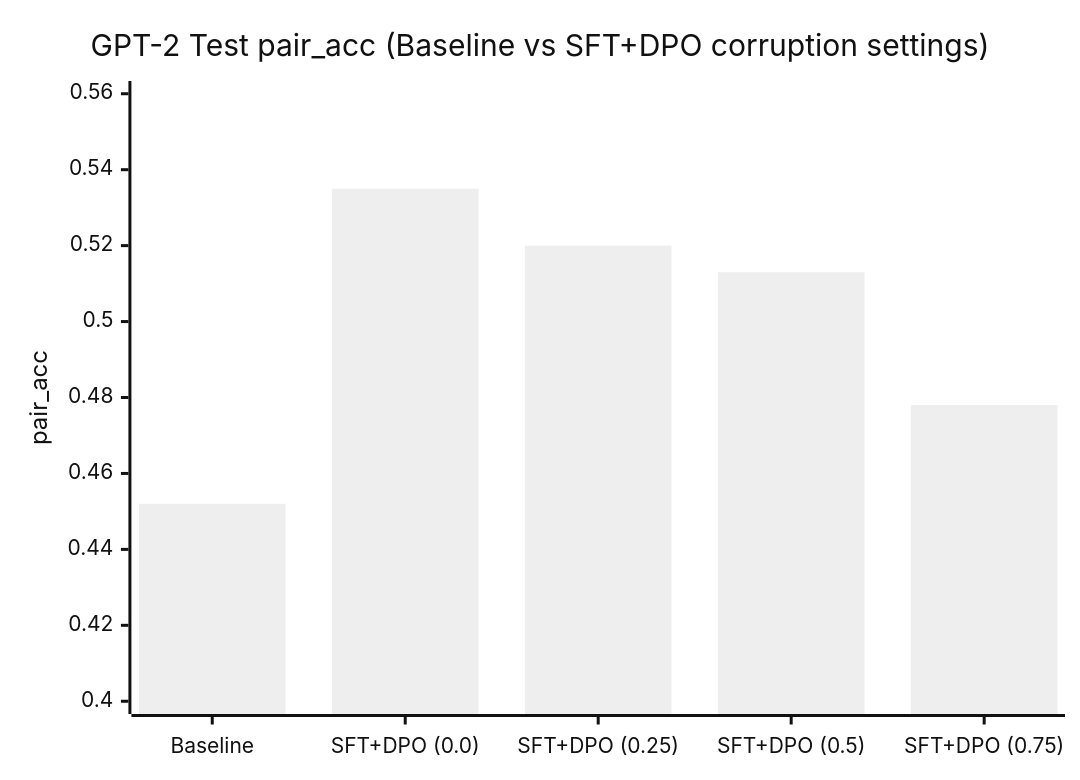
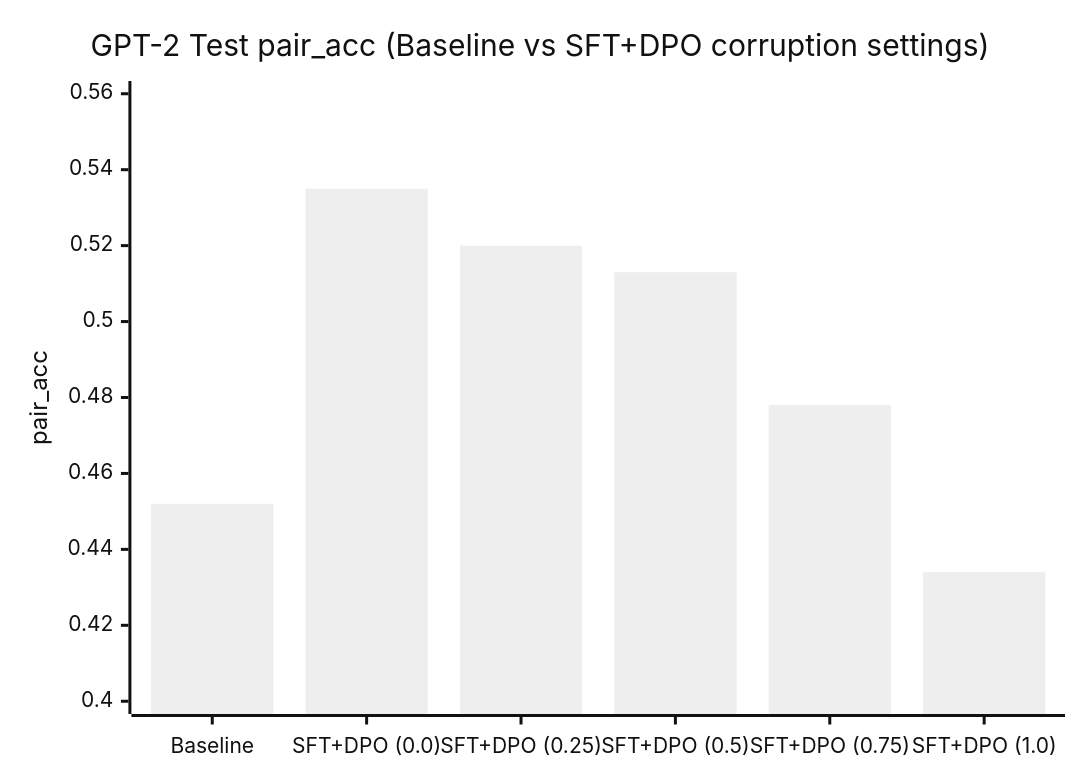
One commit to ethanlou36/implicit_finetuning changed the first of 2 diagrams in README.md. Above: the diagram before and after it, drawn with Mermaid (neutral theme). The commit also changed other lines of this file, not shown here.

````diff
--- a/README.md
+++ b/README.md
@@ -124,7 +125,7 @@
 ```mermaid
 xychart-beta
     title "GPT-2 Test pair_acc (Baseline vs SFT+DPO corruption settings)"
-    x-axis ["Baseline", "SFT+DPO (0.0)", "SFT+DPO (0.25)", "SFT+DPO (0.5)", "SFT+DPO (0.75)"]
+    x-axis ["Baseline", "SFT+DPO (0.0)", "SFT+DPO (0.25)", "SFT+DPO (0.5)", "SFT+DPO (0.75)", "SFT+DPO (1.0)"]
     y-axis "pair_acc" 0.40 --> 0.56
-    bar [0.452, 0.535, 0.520, 0.513, 0.478]
+    bar [0.452, 0.535, 0.520, 0.513, 0.478, 0.434]
 ```
````
